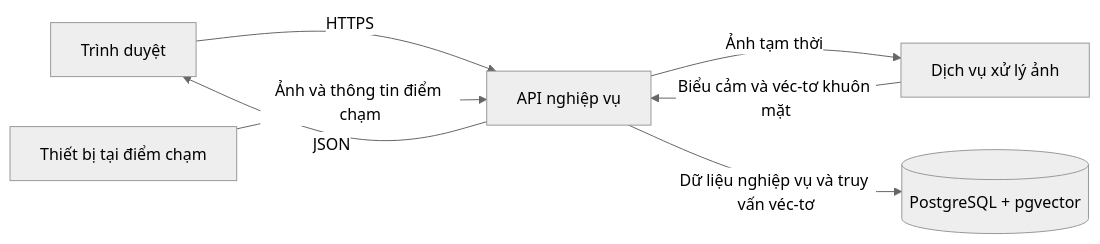
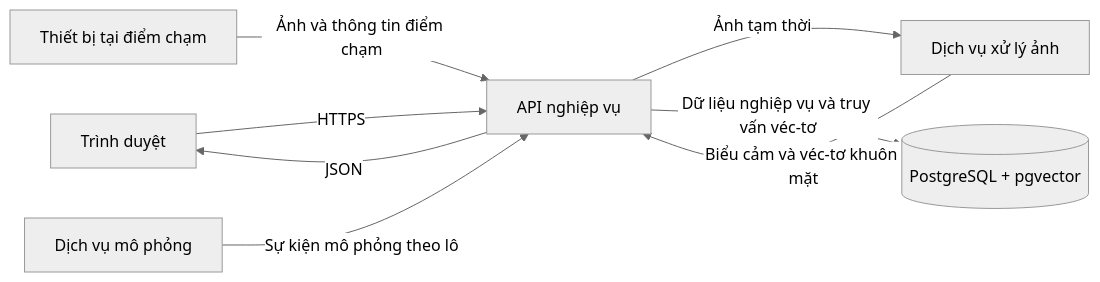
One commit to doanduccuong/LuanVan changed the diagram in SYSTEM_DEVELOPMENT/TECH_SPEC.md. Above: the diagram before and after it, drawn with Mermaid (neutral theme). The commit also changed other lines of this file and 67 other files, not shown here.

````diff
--- a/SYSTEM_DEVELOPMENT/TECH_SPEC.md
+++ b/SYSTEM_DEVELOPMENT/TECH_SPEC.md
@@ -39,9 +40,10 @@
 ```mermaid
 flowchart LR
     B[Trình duyệt] -->|HTTPS| A[API nghiệp vụ]
     C[Thiết bị tại điểm chạm] -->|Ảnh và thông tin điểm chạm| A
+    S[Dịch vụ mô phỏng] -->|Sự kiện mô phỏng theo lô| A
     A -->|Ảnh tạm thời| V[Dịch vụ xử lý ảnh]
     V -->|Biểu cảm và véc-tơ khuôn mặt| A
     A -->|Dữ liệu nghiệp vụ và truy vấn véc-tơ| D[(PostgreSQL + pgvector)]
     A -->|JSON| B
 ```
````
